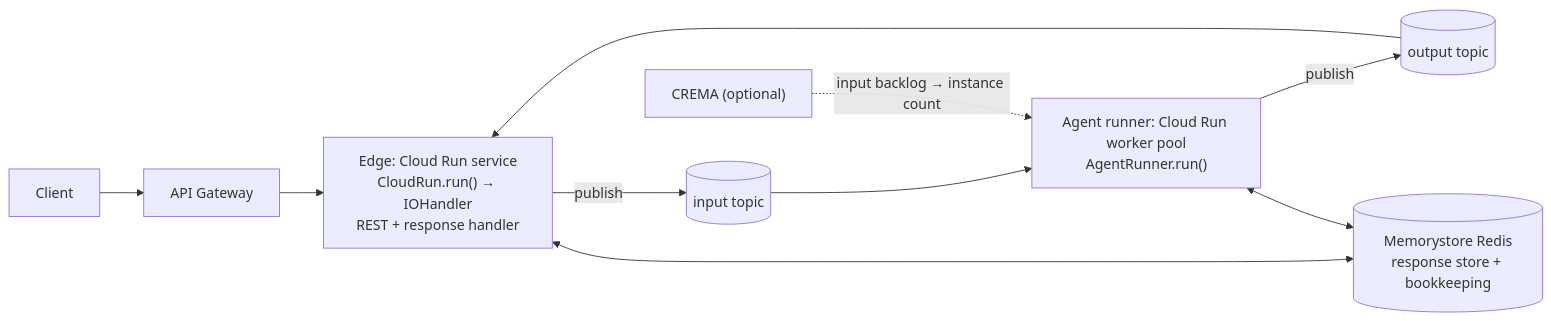
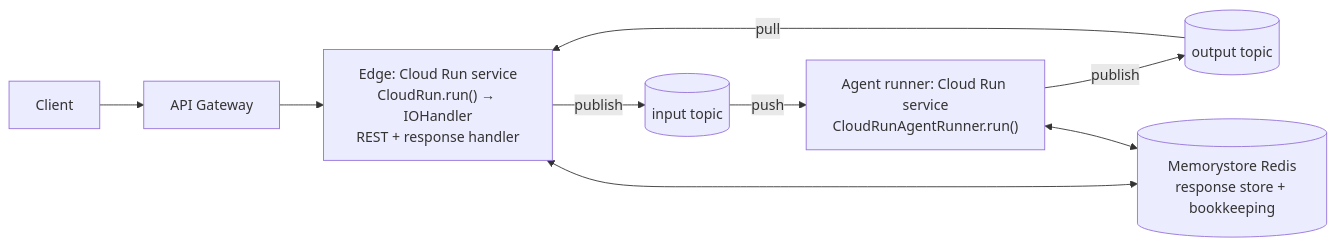
The diagram in docs/specs/886-gcp-queue-mode/design.md (yaalalabs/agent-kernel), drawn with Mermaid before and after one commit. The commit also changed other lines of this file and 42 other files, not shown here.

Commit message:
feat(gcp): implement Pub/Sub queue mode with agent runner and necessary IAM configurations

````diff
--- a/docs/specs/886-gcp-queue-mode/design.md
+++ b/docs/specs/886-gcp-queue-mode/design.md
@@ -51,12 +51,11 @@
 ```mermaid
 flowchart LR
     C["Client"] --> GW["API Gateway"]
     GW --> E["Edge: Cloud Run service<br/>CloudRun.run() → IOHandler<br/>REST + response handler"]
     E -- "publish" --> IT[("input topic")]
-    IT --> R["Agent runner: Cloud Run worker pool<br/>AgentRunner.run()"]
+    IT -- "push" --> R["Agent runner: Cloud Run service<br/>CloudRunAgentRunner.run()"]
     R -- "publish" --> OT[("output topic")]
-    OT --> E
+    OT -- "pull" --> E
     E <--> RS[("Memorystore Redis<br/>response store + bookkeeping")]
     R <--> RS
-    CR["CREMA (optional)"] -. "input backlog → instance count" .-> R
 ```
````
